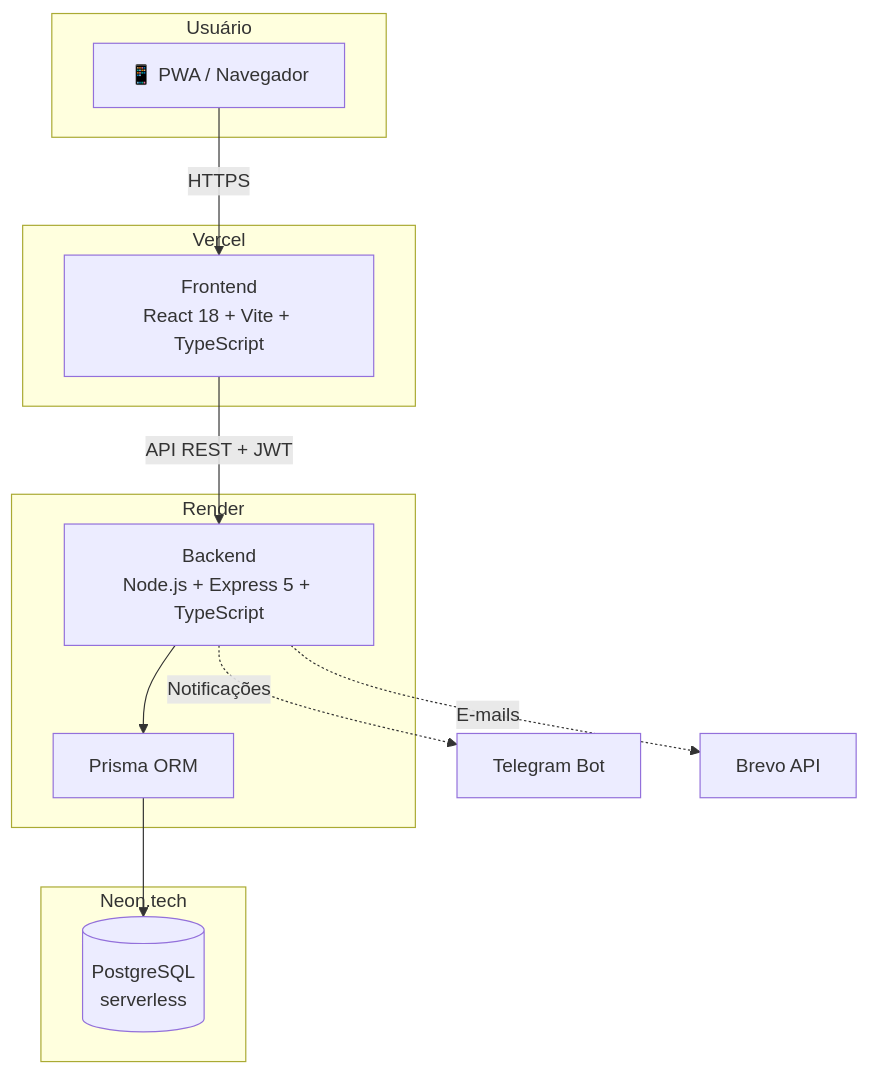
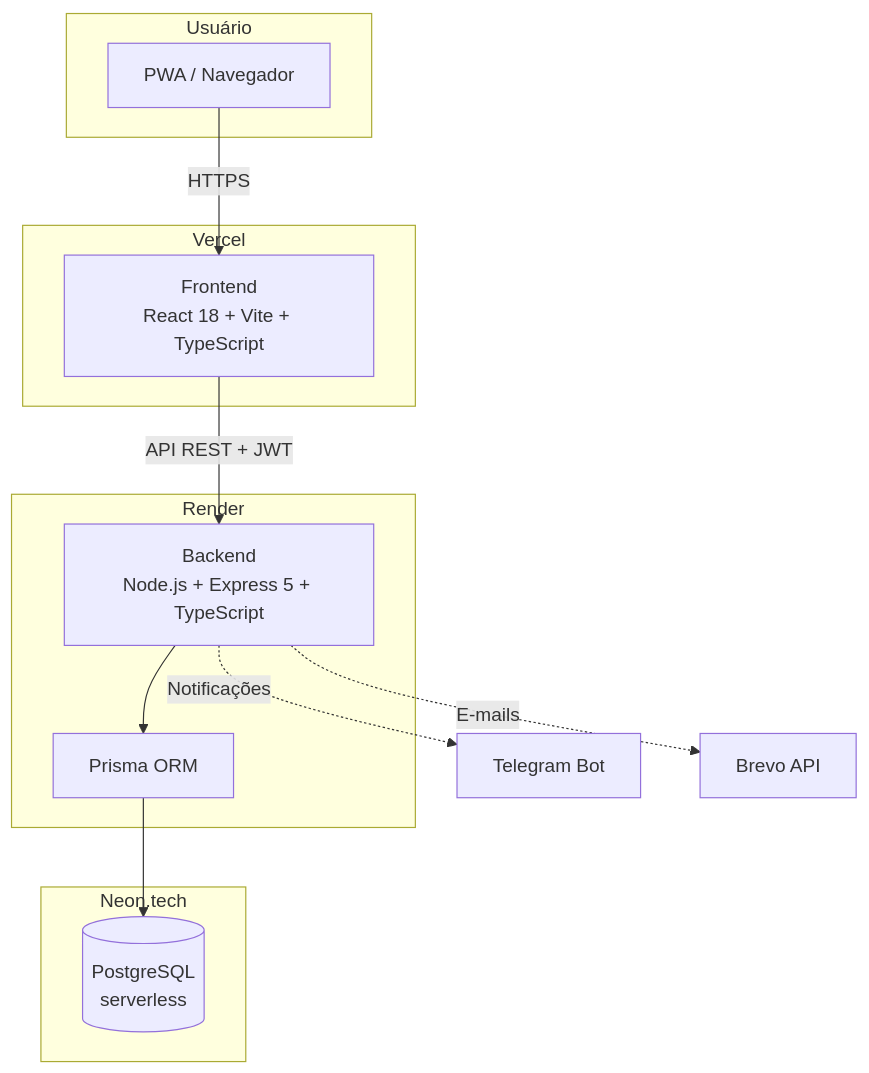
The second of 2 diagrams in apresentacao/slides.md (euvictoramorimm/OrcaPro), drawn with Mermaid before and after one commit. The commit also changed other lines of this file and 2 other files, not shown here.

````diff
--- a/apresentacao/slides.md
+++ b/apresentacao/slides.md
@@ -261,21 +260,21 @@
 ```mermaid {scale: 0.75}
 graph TB
     subgraph Usuário
-        A[📱 PWA / Navegador]
+        A[PWA / Navegador]
     end
     subgraph "Vercel"
         B[Frontend<br>React 18 + Vite + TypeScript]
     end
     subgraph "Render"
         C[Backend<br>Node.js + Express 5 + TypeScript]
         D[Prisma ORM]
     end
     subgraph "Neon.tech"
         E[(PostgreSQL<br>serverless)]
     end
     A -->|HTTPS| B
     B -->|API REST + JWT| C
     C --> D --> E
     C -.->|Notificações| F[Telegram Bot]
     C -.->|E-mails| G[Brevo API]
 ```
````
